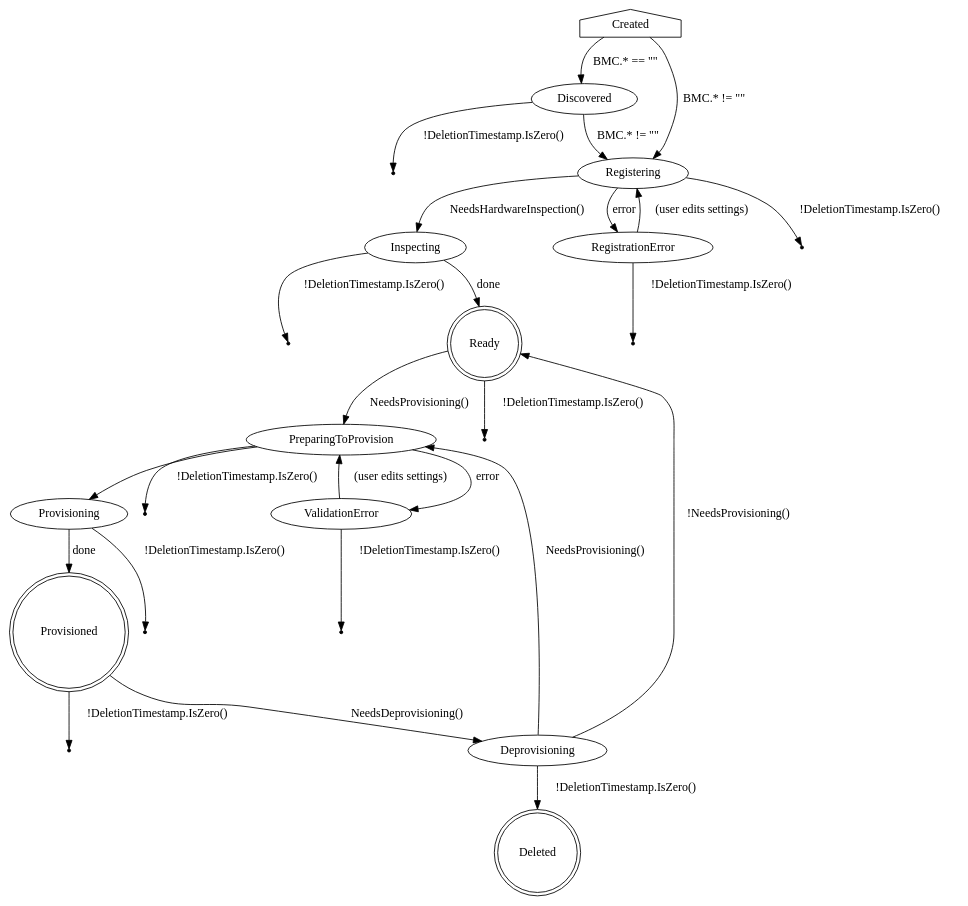
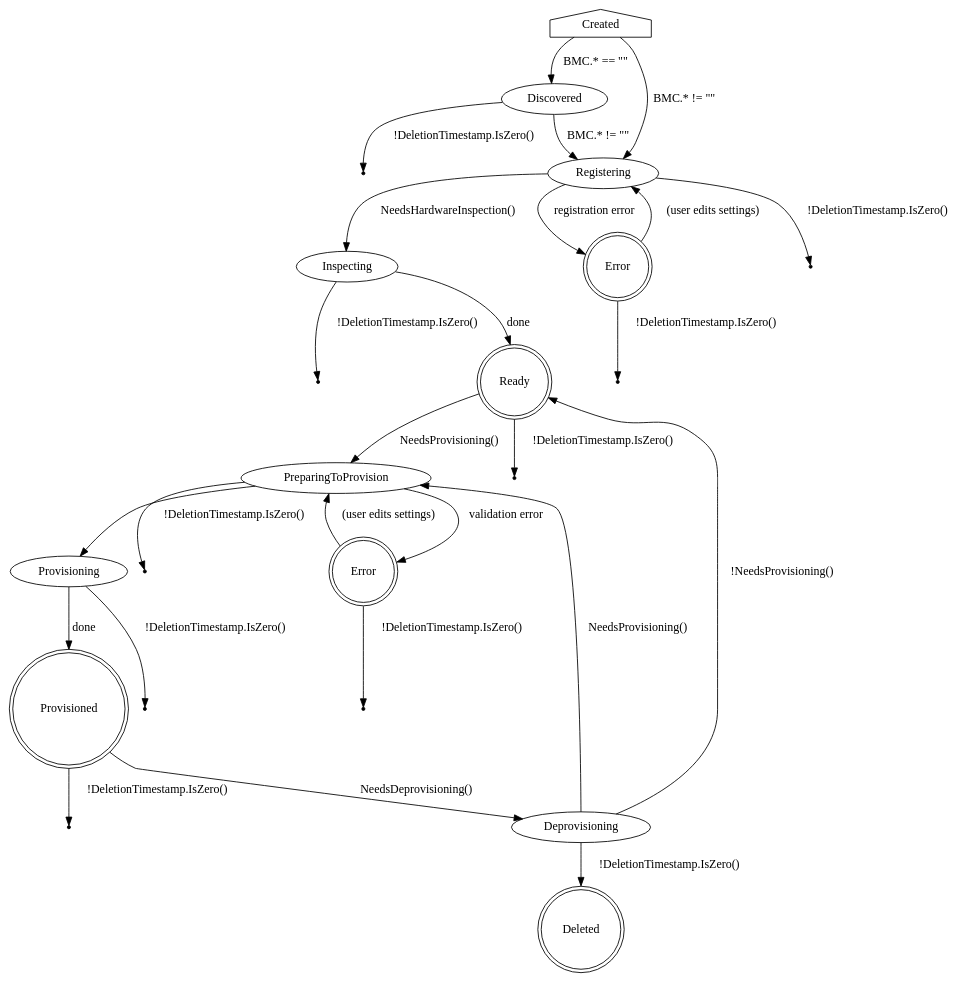
The diagram in docs/BaremetalHost_ProvisioningState.dot (metal3-io/baremetal-operator), drawn with Graphviz before and after one commit. The commit also changed 1 other file, not shown here.

Commit message:
emphasize that the error states are "the same"
We only have 1 error status type, so use the same labels for both of
the error nodes. Label the edges with how the error occurs, and show
the states as double circles to indicate that the operator keeps the
host in that state until some event triggers a change.

```diff
--- a/docs/BaremetalHost_ProvisioningState.dot
+++ b/docs/BaremetalHost_ProvisioningState.dot
@@ -1,60 +1,62 @@
 digraph BaremetalHost {
     Created [shape=house]
     Created -> Discovered [label="BMC.* == \"\""]
     Created -> Registering [label="BMC.* != \"\""]
 
     Discovered -> Registering [label="BMC.* != \"\""]
     Discovered -> Deleted1 [label="!DeletionTimestamp.IsZero()"]
 
     Deleted1 [shape=point]
 
     Registering -> Inspecting [label="NeedsHardwareInspection()"]
-    Registering -> RegistrationError [label=error]
+    Registering -> RegistrationError [shape=doublecircle label="registration error"]
     Registering -> Deleted2 [label="!DeletionTimestamp.IsZero()"]
 
     Deleted2 [shape=point]
 
     Inspecting -> Ready [label="done"]
     Inspecting -> Deleted3 [label="!DeletionTimestamp.IsZero()"]
 
     Deleted3 [shape=point]
 
+    RegistrationError [shape=doublecircle label="Error"]
     RegistrationError -> Registering [label="(user edits settings)"]
     RegistrationError -> Deleted4 [label="!DeletionTimestamp.IsZero()"]
 
     Deleted4 [shape=point]
 
     Ready [shape=doublecircle]
     Ready -> PreparingToProvision [label="NeedsProvisioning()"]
     Ready -> Deleted5 [label="!DeletionTimestamp.IsZero()"]
 
     Deleted5 [shape=point]
 
-    PreparingToProvision -> ValidationError [label=error]
+    PreparingToProvision -> ValidationError [label="validation error"]
     PreparingToProvision -> Provisioning
     PreparingToProvision -> Deleted6 [label="!DeletionTimestamp.IsZero()"]
 
     Deleted6 [shape=point]
 
+    ValidationError [shape=doublecircle label="Error"]
     ValidationError -> PreparingToProvision [label="(user edits settings)"]
     ValidationError -> Deleted7 [label="!DeletionTimestamp.IsZero()"]
 
     Deleted7 [shape=point]
 
     Provisioning -> Provisioned [label=done]
     Provisioning -> Deleted8 [label="!DeletionTimestamp.IsZero()"]
 
     Deleted8 [shape=point]
 
     Provisioned [shape=doublecircle]
     Provisioned -> Deprovisioning [label="NeedsDeprovisioning()"]
     Provisioned -> Deleted9 [label="!DeletionTimestamp.IsZero()"]
 
     Deleted9 [shape=point]
 
     Deprovisioning -> PreparingToProvision [label="NeedsProvisioning()"]
     Deprovisioning -> Ready [label="!NeedsProvisioning()"]
     Deprovisioning -> Deleted [label="!DeletionTimestamp.IsZero()"]
 
     Deleted [shape=doublecircle]
 }
```
